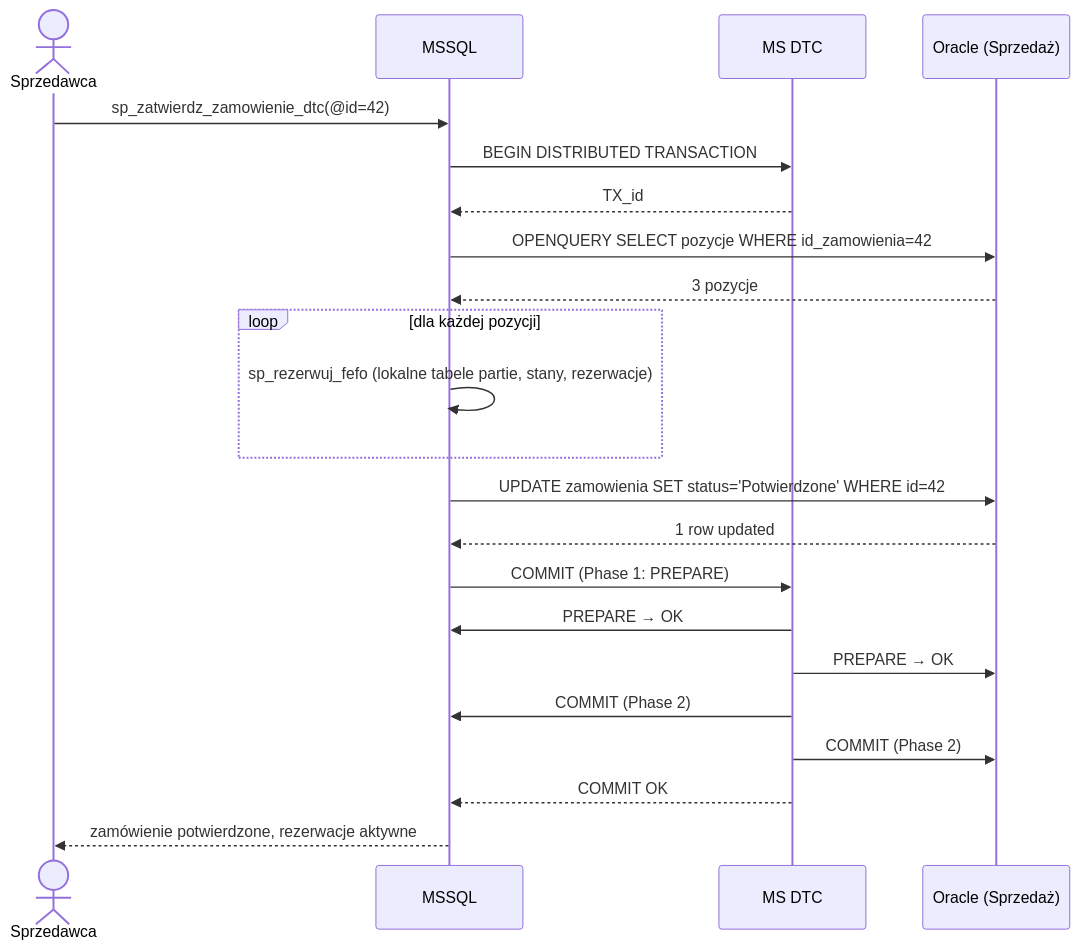
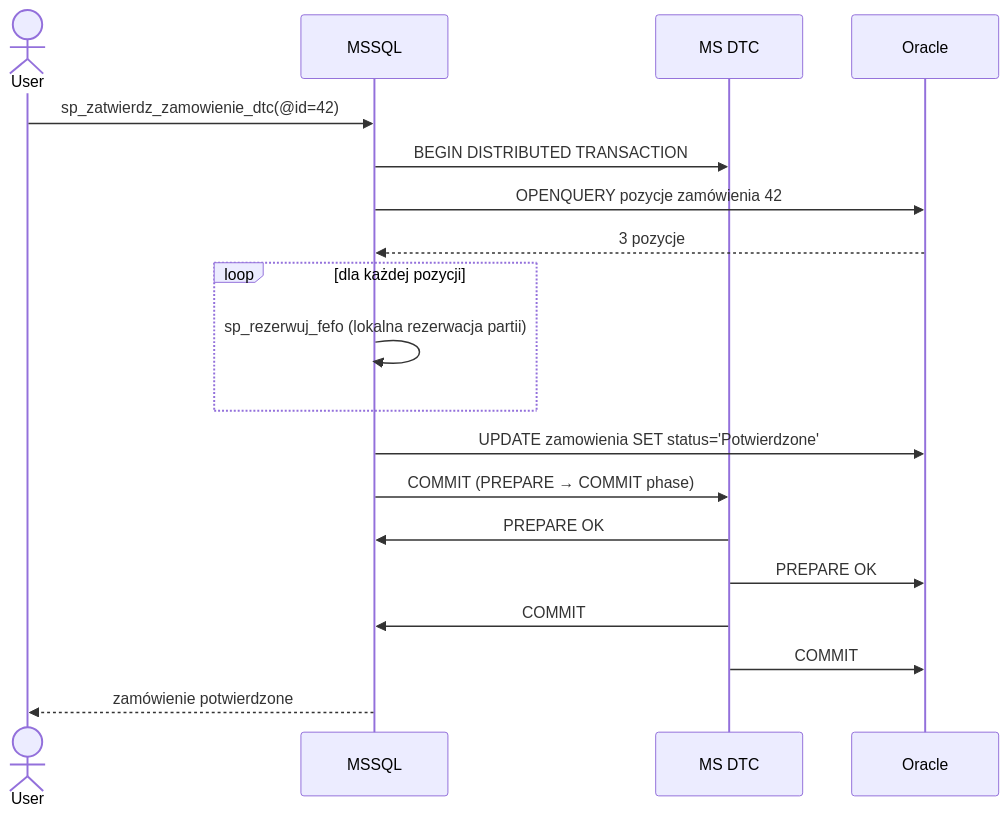
Before and after one commit to MattyMroz/Bazy_Danych: the fourth of 4 diagrams in RBZ/PROJEKT/HiDPPS.md, drawn with Mermaid. The commit also changed other lines of this file and 3 other files, not shown here.

````diff
--- a/RBZ/PROJEKT/HiDPPS.md
+++ b/RBZ/PROJEKT/HiDPPS.md
@@ -1421,25 +769,21 @@
 ```mermaid
 sequenceDiagram
-    actor User as Sprzedawca
-    participant MSSQL2 as MSSQL#2 (Magazyn)
+    actor User
+    participant MAG as MSSQL#2
     participant DTC as MS DTC
-    participant Oracle as Oracle (Sprzedaż)
-
-    User->>MSSQL2: sp_zatwierdz_zamowienie_dtc(@id=42)
-    MSSQL2->>DTC: BEGIN DISTRIBUTED TRANSACTION
-    DTC-->>MSSQL2: TX_id
-    MSSQL2->>Oracle: OPENQUERY SELECT pozycje WHERE id_zamowienia=42
-    Oracle-->>MSSQL2: 3 pozycje
+    participant ORA as Oracle
+    User->>MAG: sp_zatwierdz_zamowienie_dtc(@id=42)
+    MAG->>DTC: BEGIN DISTRIBUTED TRANSACTION
+    MAG->>ORA: OPENQUERY pozycje zamówienia 42
+    ORA-->>MAG: 3 pozycje
     loop dla każdej pozycji
-        MSSQL2->>MSSQL2: sp_rezerwuj_fefo (lokalne tabele partie, stany, rezerwacje)
+        MAG->>MAG: sp_rezerwuj_fefo (lokalna rezerwacja partii)
     end
-    MSSQL2->>Oracle: UPDATE zamowienia SET status='Potwierdzone' WHERE id=42
-    Oracle-->>MSSQL2: 1 row updated
-    MSSQL2->>DTC: COMMIT (Phase 1: PREPARE)
-    DTC->>MSSQL2: PREPARE → OK
-    DTC->>Oracle: PREPARE → OK
-    DTC->>MSSQL2: COMMIT (Phase 2)
-    DTC->>Oracle: COMMIT (Phase 2)
-    DTC-->>MSSQL2: COMMIT OK
-    MSSQL2-->>User: zamówienie potwierdzone, rezerwacje aktywne
+    MAG->>ORA: UPDATE zamowienia SET status='Potwierdzone'
+    MAG->>DTC: COMMIT (PREPARE → COMMIT phase)
+    DTC->>MAG: PREPARE OK
+    DTC->>ORA: PREPARE OK
+    DTC->>MAG: COMMIT
+    DTC->>ORA: COMMIT
+    MAG-->>User: zamówienie potwierdzone
 ```
````
